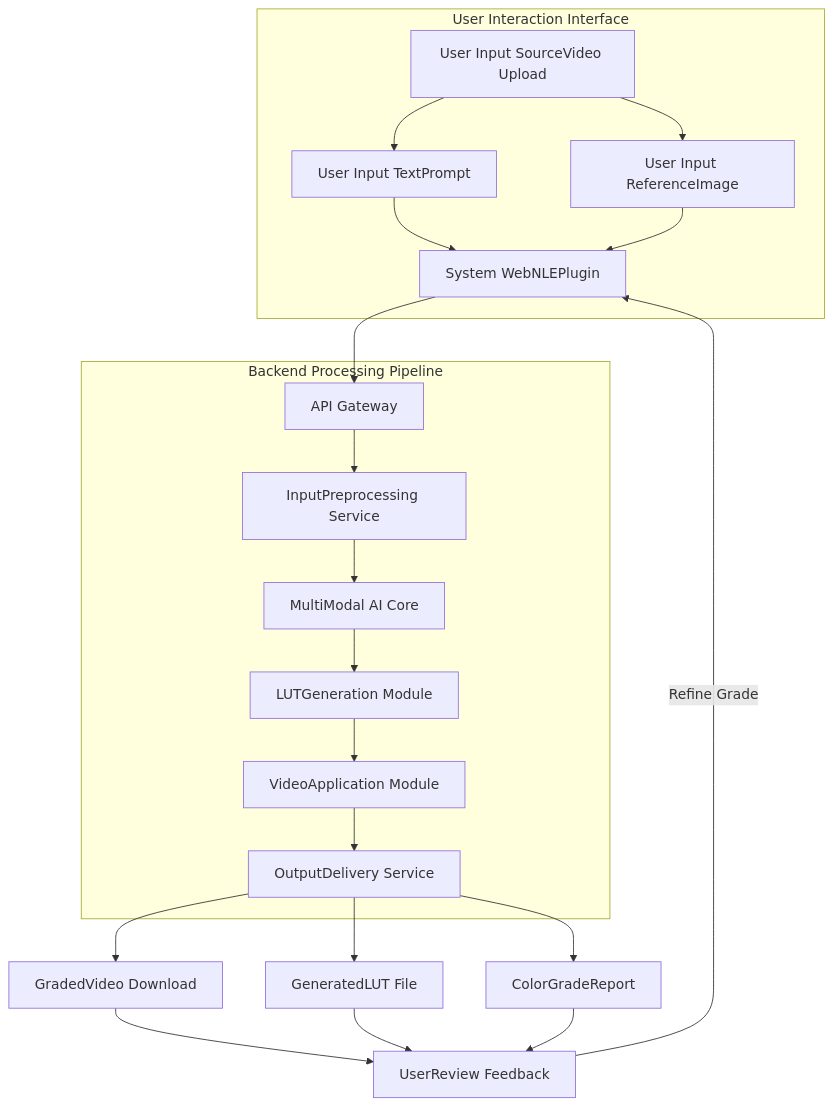
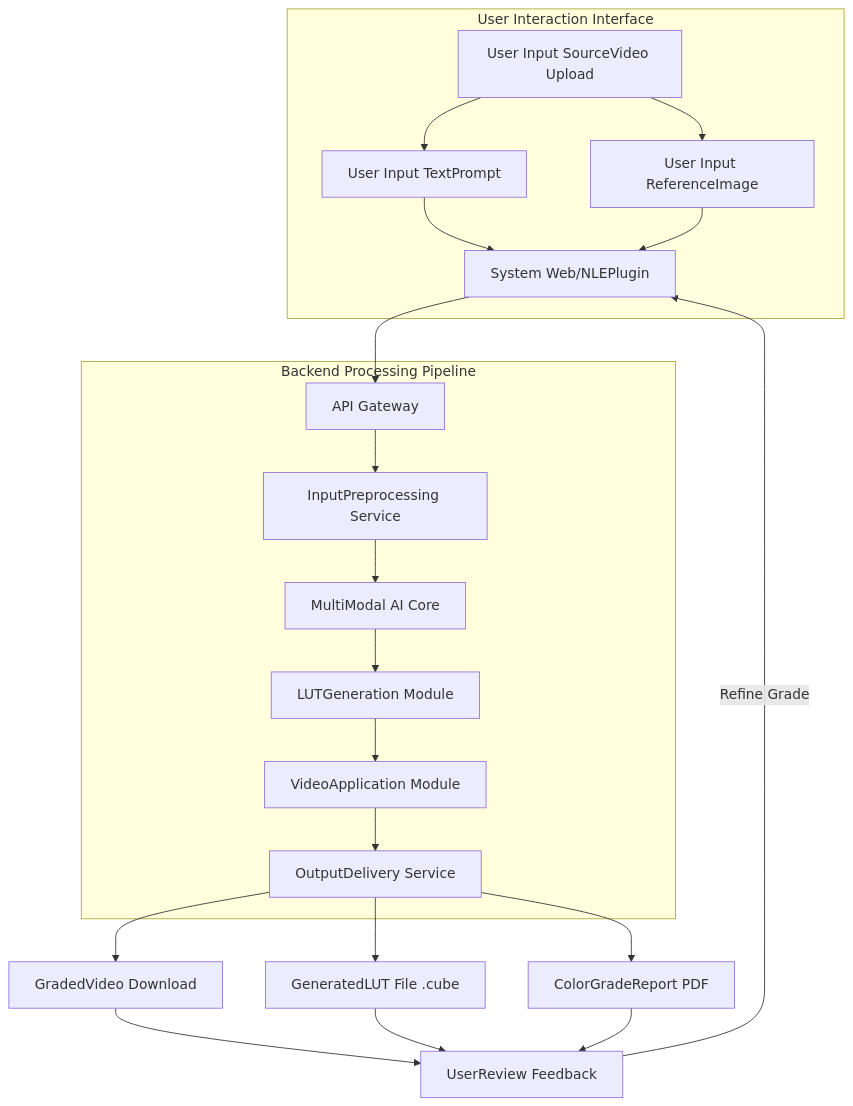
The first of 10 diagrams in inventions/121_ai_automated_film_color_grading.md (diplomat-bit/Citibank_Demo_Business_Inc_Demonstration-), drawn with Mermaid before and after one commit. The commit also changed other lines of this file, not shown here.

````diff
--- a/inventions/121_ai_automated_film_color_grading.md
+++ b/inventions/121_ai_automated_film_color_grading.md
@@ -15,28 +15,28 @@
 ```mermaid
 graph TD
     subgraph User Interaction Interface
         A[User Input SourceVideo Upload] --> B[User Input TextPrompt]
         A --> C[User Input ReferenceImage]
-        B --> D[System WebNLEPlugin]
+        B --> D[System Web/NLEPlugin]
         C --> D
     end
 
     D --> E[API Gateway]
 
     subgraph Backend Processing Pipeline
         E --> F[InputPreprocessing Service]
         F --> G[MultiModal AI Core]
         G --> H[LUTGeneration Module]
         H --> I[VideoApplication Module]
         I --> J[OutputDelivery Service]
     end
 
     J --> K[GradedVideo Download]
-    J --> L[GeneratedLUT File]
-    J --> M[ColorGradeReport]
+    J --> L[GeneratedLUT File .cube]
+    J --> M[ColorGradeReport PDF]
 
     K --> N[UserReview Feedback]
     L --> N
     M --> N
     N -- "Refine Grade" --> D
 ```
````
